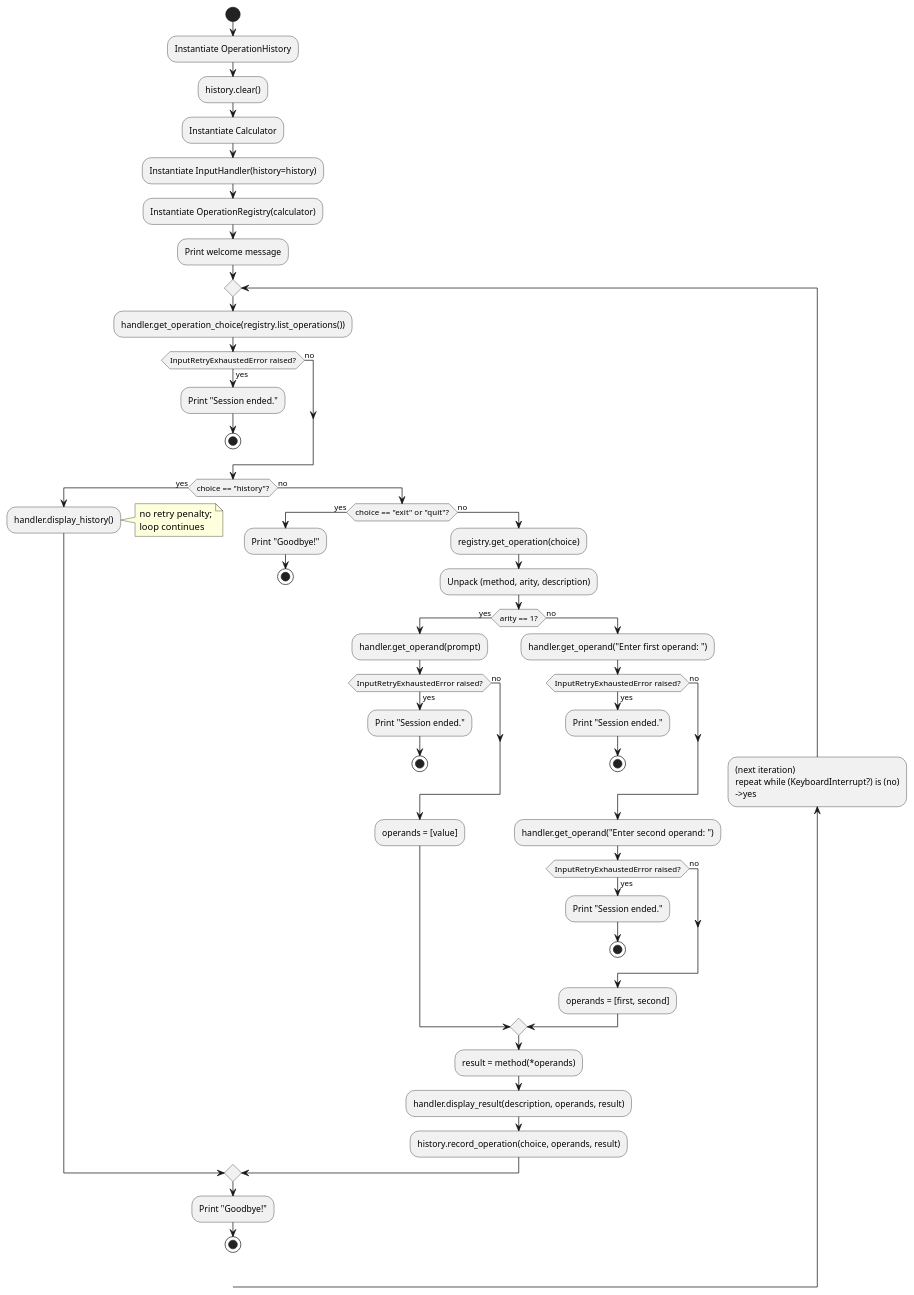
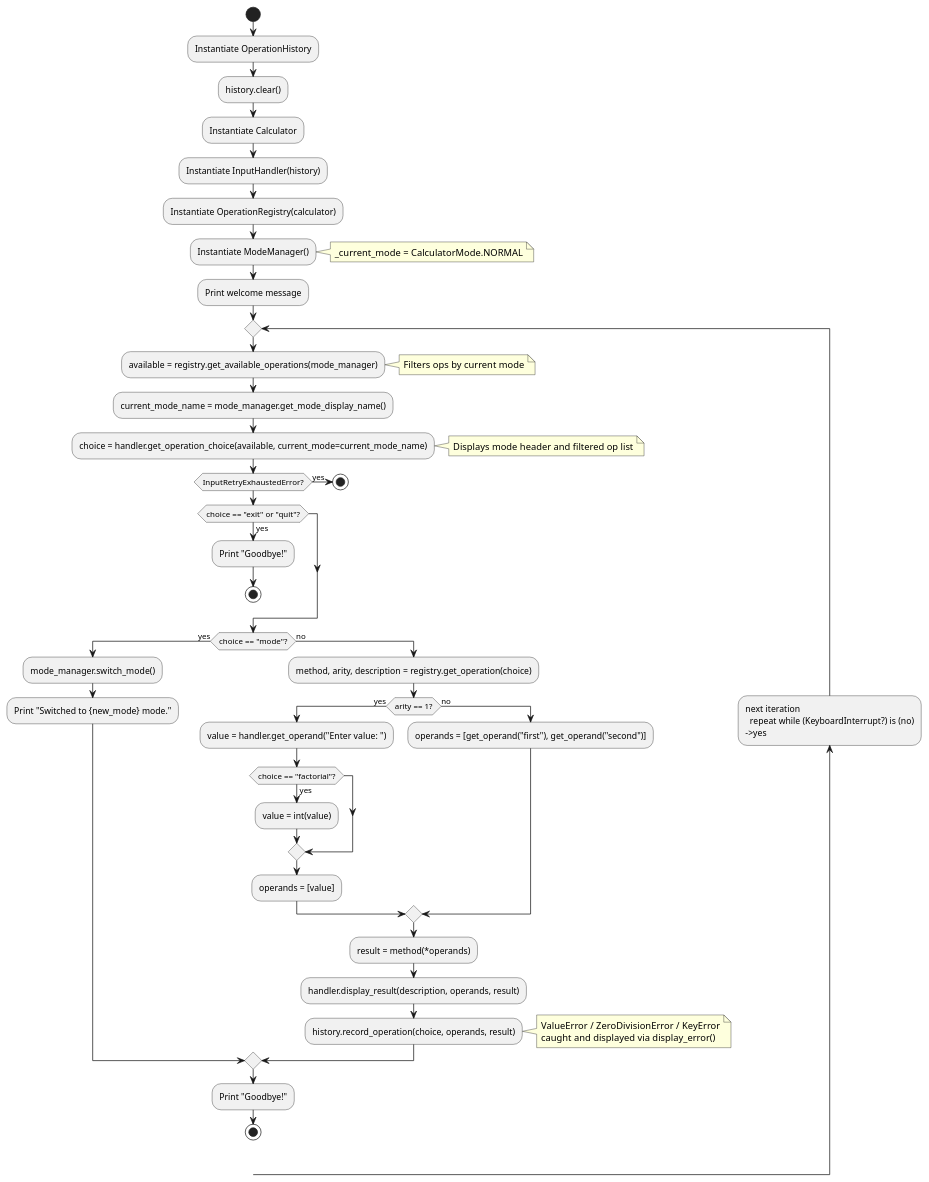
Before and after one commit to DanielRiha8906/Calculator_bachelor_autoevolution_team: the diagram in artifacts/activity_diagram_interactive_session.puml, drawn with PlantUML. The commit also changed 3 other files, not shown here.

Commit message:
docs: update diagrams for scientific mode feature

```diff
--- a/artifacts/activity_diagram_interactive_session.puml
+++ b/artifacts/activity_diagram_interactive_session.puml
@@ -1,74 +1,66 @@
 @startuml activity_diagram_interactive_session
 
 start
 
 :Instantiate OperationHistory;
 :history.clear();
 :Instantiate Calculator;
-:Instantiate InputHandler(history=history);
+:Instantiate InputHandler(history);
 :Instantiate OperationRegistry(calculator);
+:Instantiate ModeManager();
+note right: _current_mode = CalculatorMode.NORMAL
+
 :Print welcome message;
 
 repeat
 
-    :handler.get_operation_choice(registry.list_operations());
+  :available = registry.get_available_operations(mode_manager);
+  note right: Filters ops by current mode
+  :current_mode_name = mode_manager.get_mode_display_name();
 
-    if (InputRetryExhaustedError raised?) then (yes)
-        :Print "Session ended.";
-        stop
+  :choice = handler.get_operation_choice(available, current_mode=current_mode_name);
+  note right: Displays mode header and filtered op list
+
+  if (InputRetryExhaustedError?) then (yes)
+    stop
+  endif
+
+  if (choice == "exit" or "quit"?) then (yes)
+    :Print "Goodbye!";
+    stop
+  endif
+
+  if (choice == "mode"?) then (yes)
+    :mode_manager.switch_mode();
+    :Print "Switched to {new_mode} mode.";
+  else (no)
+    :method, arity, description = registry.get_operation(choice);
+
+    if (arity == 1?) then (yes)
+      :value = handler.get_operand("Enter value: ");
+      if (choice == "factorial"?) then (yes)
+        :value = int(value);
+      endif
+      :operands = [value];
     else (no)
+      :operands = [get_operand("first"), get_operand("second")];
     endif
 
-    if (choice == "history"?) then (yes)
-        :handler.display_history();
-        note right: no retry penalty;\nloop continues
-    else (no)
+    :result = method(*operands);
+    :handler.display_result(description, operands, result);
+    :history.record_operation(choice, operands, result);
 
-        if (choice == "exit" or "quit"?) then (yes)
-            :Print "Goodbye!";
-            stop
-        else (no)
+    note right
+      ValueError / ZeroDivisionError / KeyError
+      caught and displayed via display_error()
+    end note
+  endif
 
-            :registry.get_operation(choice);
-            :Unpack (method, arity, description);
-
-            if (arity == 1?) then (yes)
-                :handler.get_operand(prompt);
-                if (InputRetryExhaustedError raised?) then (yes)
-                    :Print "Session ended.";
-                    stop
-                else (no)
-                endif
-                :operands = [value];
-            else (no)
-                :handler.get_operand("Enter first operand: ");
-                if (InputRetryExhaustedError raised?) then (yes)
-                    :Print "Session ended.";
-                    stop
-                else (no)
-                endif
-                :handler.get_operand("Enter second operand: ");
-                if (InputRetryExhaustedError raised?) then (yes)
-                    :Print "Session ended.";
-                    stop
-                else (no)
-                endif
-                :operands = [first, second];
-            endif
-
-            :result = method(*operands);
-            :handler.display_result(description, operands, result);
-            :history.record_operation(choice, operands, result);
-
-        endif
-    endif
-
-backward: (next iteration)
-repeat while (KeyboardInterrupt?) is (no)
+  backward: next iteration
+  repeat while (KeyboardInterrupt?) is (no)
 ->yes;
 
 :Print "Goodbye!";
-
 stop
 
 @enduml
```
